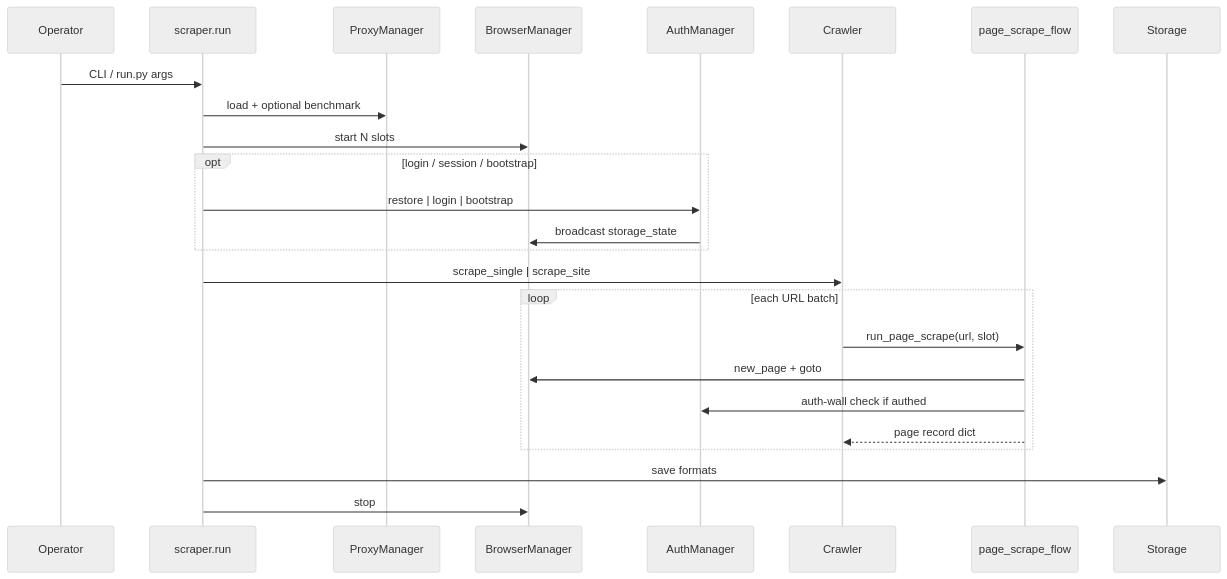
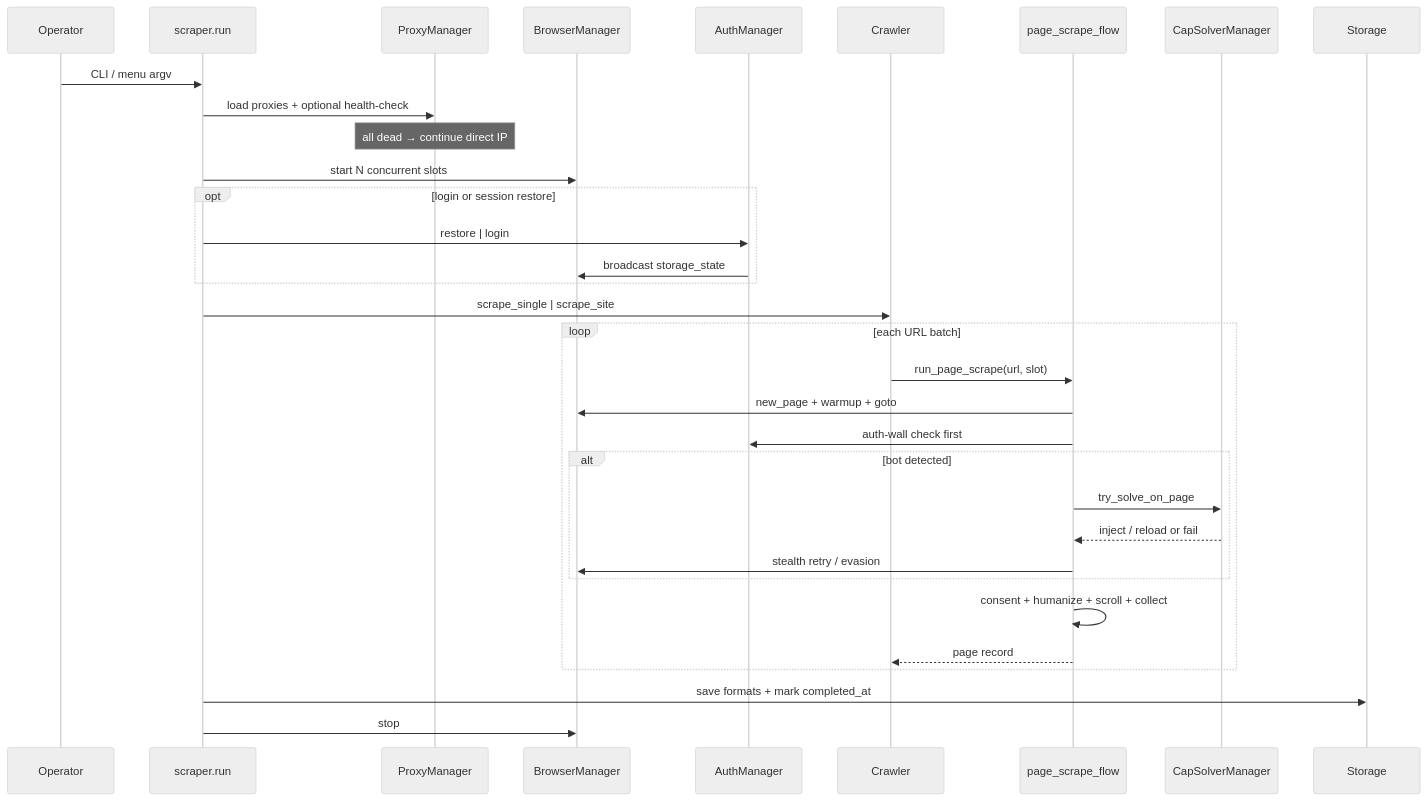
Before and after one commit to Shellghostt/WebVac: the third of 5 diagrams in docs/ARCHITECTURE.md, drawn with Mermaid (neutral theme). The commit also changed other lines of this file and 4 other files, not shown here.

First line of the commit message:
Add WebVac overview, workflows, and system architecture docs

````diff
--- a/docs/ARCHITECTURE.md
+++ b/docs/ARCHITECTURE.md
@@ -98,28 +107,36 @@
 ```mermaid
 sequenceDiagram
   participant U as Operator
   participant S as scraper.run
   participant P as ProxyManager
   participant B as BrowserManager
   participant A as AuthManager
   participant C as Crawler
   participant F as page_scrape_flow
+  participant Cap as CapSolverManager
   participant St as Storage
 
-  U->>S: CLI / run.py args
-  S->>P: load + optional benchmark
-  S->>B: start N slots
-  opt login / session / bootstrap
-    S->>A: restore | login | bootstrap
+  U->>S: CLI / menu argv
+  S->>P: load proxies + optional health-check
+  Note over P: all dead → continue direct IP
+  S->>B: start N concurrent slots
+  opt login or session restore
+    S->>A: restore | login
     A->>B: broadcast storage_state
   end
   S->>C: scrape_single | scrape_site
   loop each URL batch
     C->>F: run_page_scrape(url, slot)
-    F->>B: new_page + goto
-    F->>A: auth-wall check if authed
-    F-->>C: page record dict
+    F->>B: new_page + warmup + goto
+    F->>A: auth-wall check first
+    alt bot detected
+      F->>Cap: try_solve_on_page
+      Cap-->>F: inject / reload or fail
+      F->>B: stealth retry / evasion
+    end
+    F->>F: consent + humanize + scroll + collect
+    F-->>C: page record
   end
-  S->>St: save formats
+  S->>St: save formats + mark completed_at
   S->>B: stop
 ```
````
